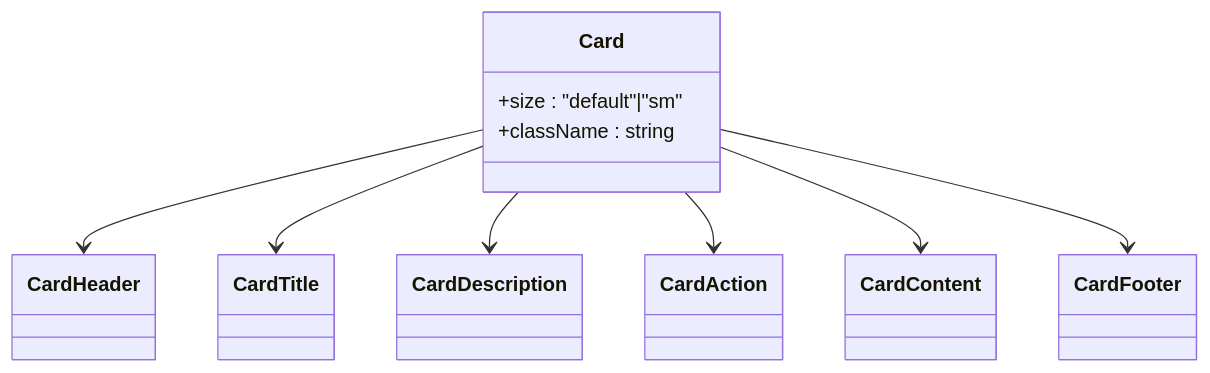
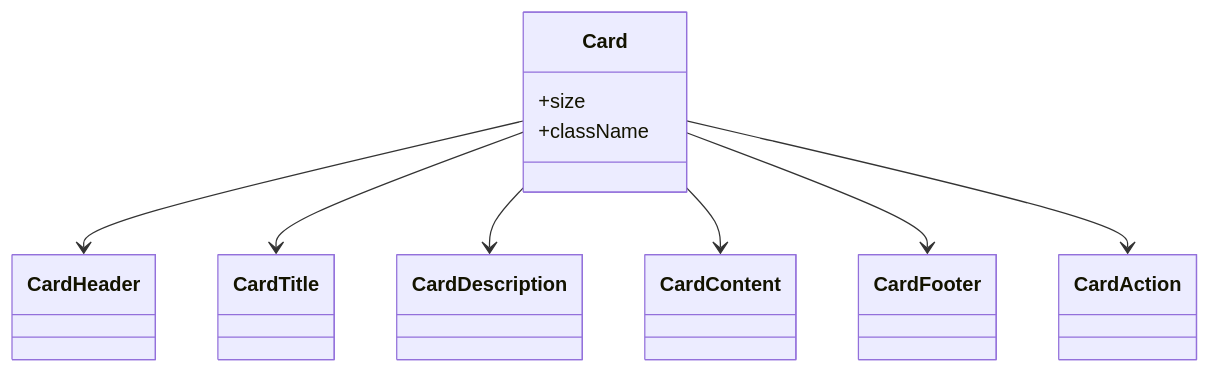
Before and after one commit to ss8806/Todos: the eighth of 10 diagrams in .qoder/repowiki/ja/content/フロントエンドアーキテクチャ/UIコンポーネント.md, drawn with Mermaid. The commit also changed other lines of this file and 106 other files, not shown here.

````diff
--- a/.qoder/repowiki/ja/content/フロントエンドアーキテクチャ/UIコンポーネント.md
+++ b/.qoder/repowiki/ja/content/フロントエンドアーキテクチャ/UIコンポーネント.md
@@ -241,19 +415,19 @@
 ```mermaid
 classDiagram
 class Card {
-+size : "default"|"sm"
-+className : string
++size
++className
 }
 class CardHeader
 class CardTitle
 class CardDescription
-class CardAction
 class CardContent
 class CardFooter
+class CardAction
 Card --> CardHeader
 Card --> CardTitle
 Card --> CardDescription
-Card --> CardAction
 Card --> CardContent
 Card --> CardFooter
+Card --> CardAction
 ```
````
